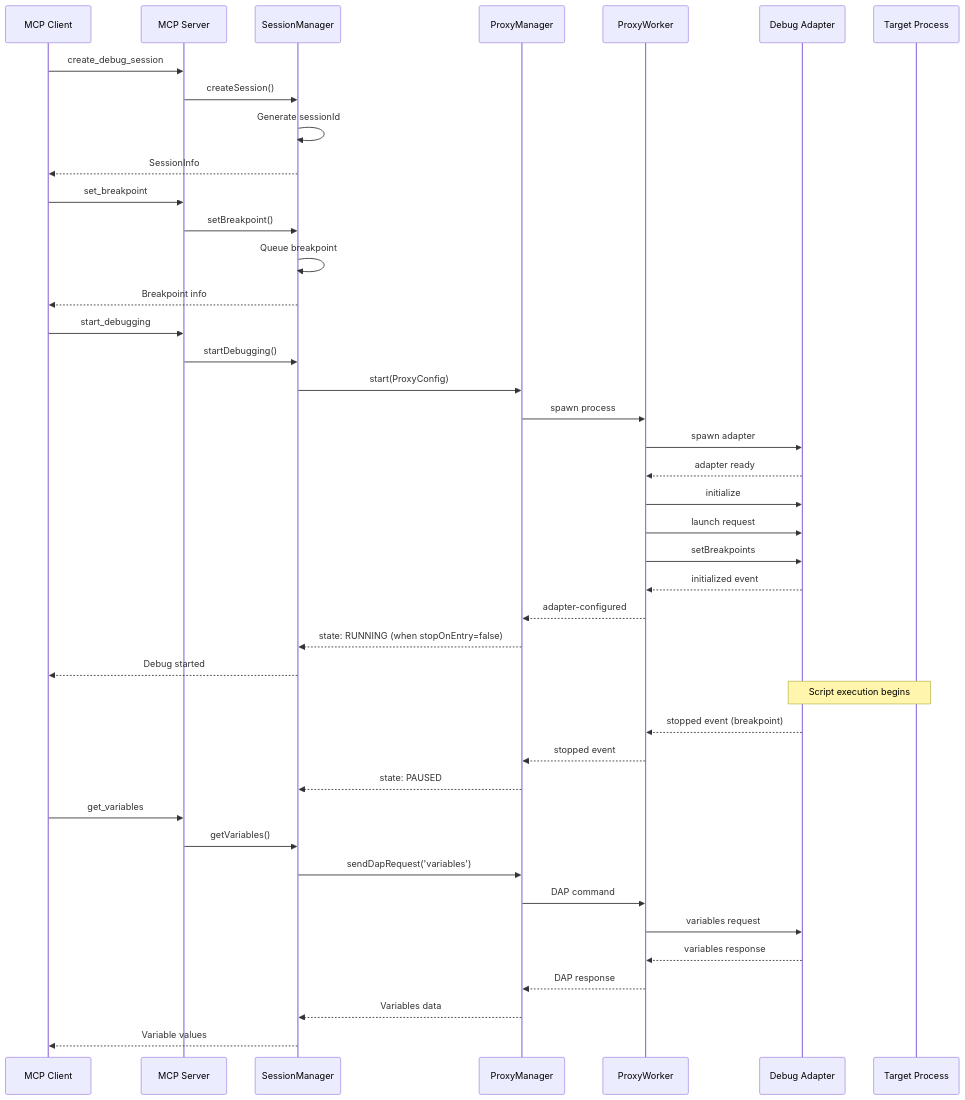
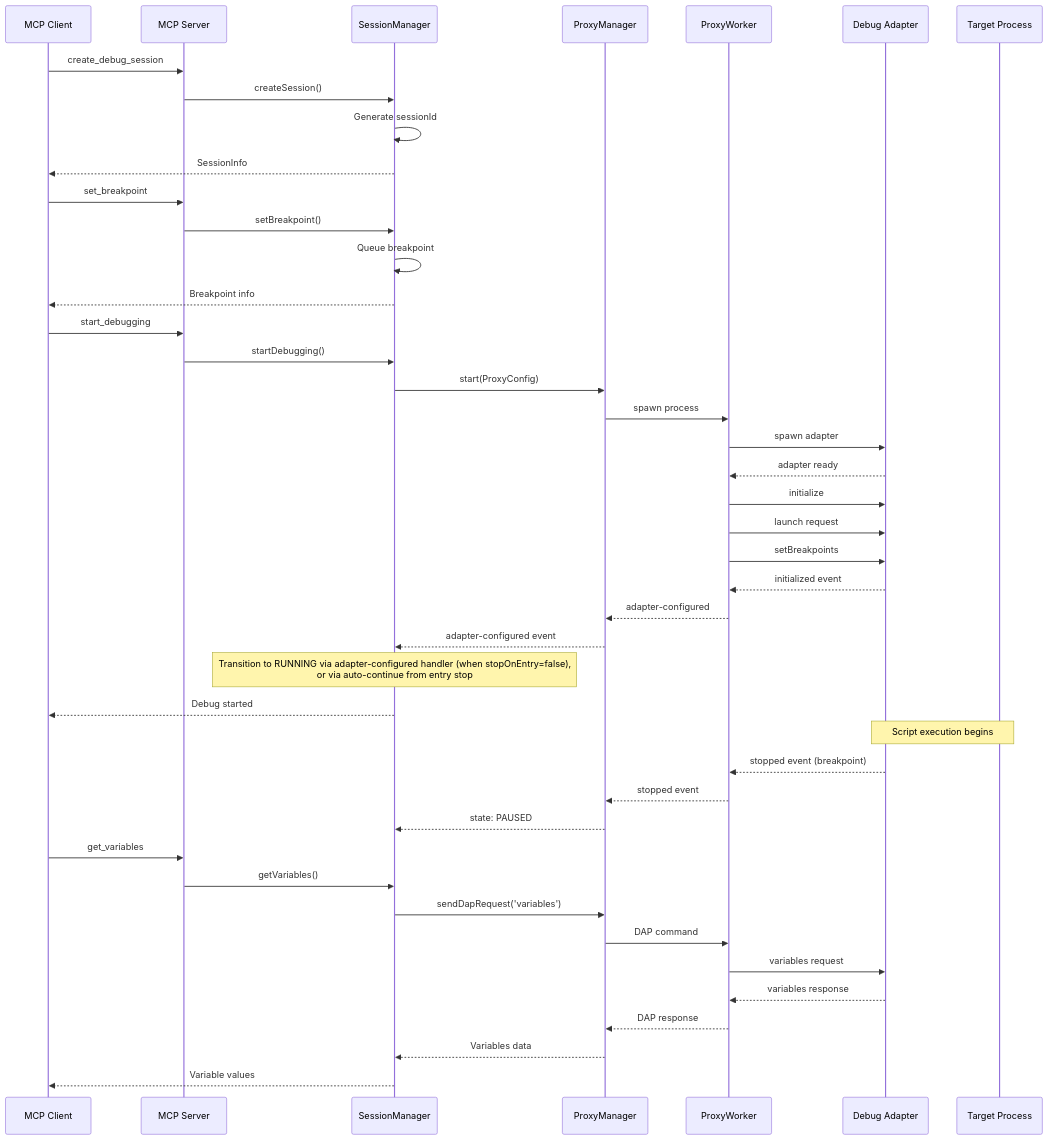
One commit to debugmcp/mcp-debugger changed the second of 2 diagrams in docs/architecture/system-overview.md. Above: the diagram before and after it, drawn with Mermaid. The commit also changed other lines of this file and 48 other files, not shown here.

````diff
--- a/docs/architecture/system-overview.md
+++ b/docs/architecture/system-overview.md
@@ -146,50 +146,51 @@
 ```mermaid
 sequenceDiagram
     participant C as MCP Client
     participant S as MCP Server
     participant SM as SessionManager
     participant PM as ProxyManager
     participant PW as ProxyWorker
     participant DA as Debug Adapter
     participant TGT as Target Process
 
     C->>S: create_debug_session
     S->>SM: createSession()
     SM->>SM: Generate sessionId
     SM-->>C: SessionInfo
     
     C->>S: set_breakpoint
     S->>SM: setBreakpoint()
     SM->>SM: Queue breakpoint
     SM-->>C: Breakpoint info
     
     C->>S: start_debugging
     S->>SM: startDebugging()
     SM->>PM: start(ProxyConfig)
     PM->>PW: spawn process
     PW->>DA: spawn adapter
     DA-->>PW: adapter ready
     PW->>DA: initialize
     PW->>DA: launch request
     PW->>DA: setBreakpoints
     DA-->>PW: initialized event
     PW-->>PM: adapter-configured
-    PM-->>SM: state: RUNNING (when stopOnEntry=false)
+    PM-->>SM: adapter-configured event
+    Note over SM: Transition to RUNNING via adapter-configured handler (when stopOnEntry=false),<br/>or via auto-continue from entry stop
     SM-->>C: Debug started
     
     Note over DA,TGT: Script execution begins
     
     DA-->>PW: stopped event (breakpoint)
     PW-->>PM: stopped event
     PM-->>SM: state: PAUSED
     
     C->>S: get_variables
     S->>SM: getVariables()
     SM->>PM: sendDapRequest('variables')
     PM->>PW: DAP command
     PW->>DA: variables request
     DA-->>PW: variables response
     PW-->>PM: DAP response
     PM-->>SM: Variables data
     SM-->>C: Variable values
 ```
````
